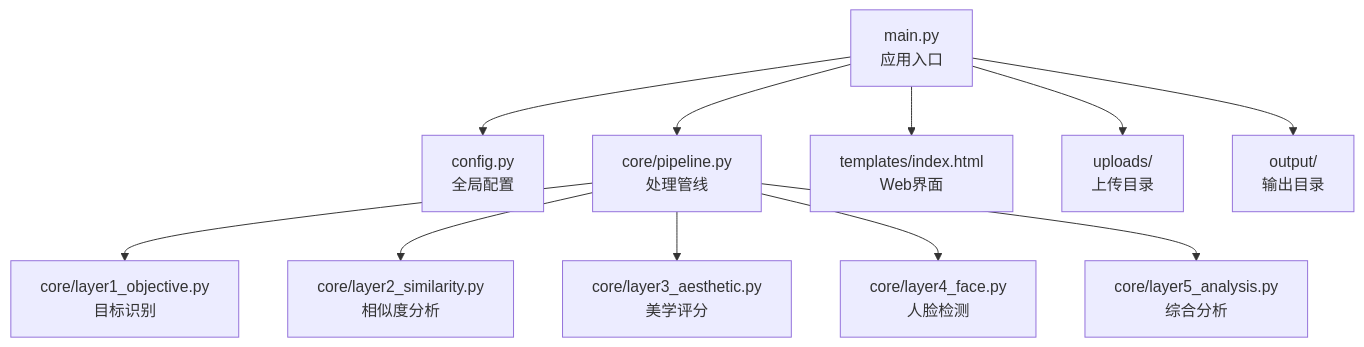
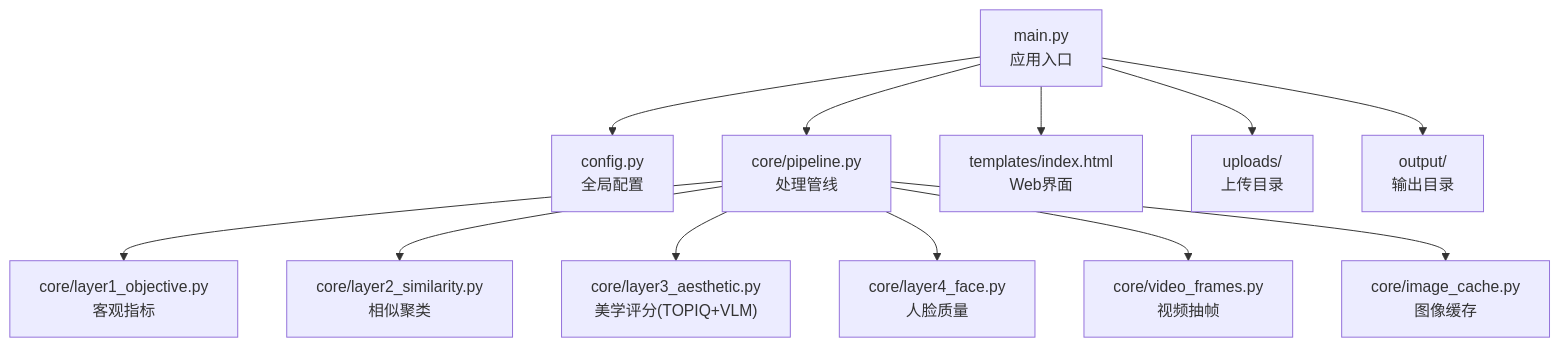
One commit to Frankynwa/photo-rank changed the first of 4 diagrams in wiki/项目概览.md. Above: the diagram before and after it, drawn with Mermaid. The commit also changed other lines of this file and 7 other files, not shown here.

````diff
--- a/wiki/项目概览.md
+++ b/wiki/项目概览.md
@@ -53,13 +57,14 @@
 ```mermaid
 graph TB
 A["main.py<br/>应用入口"] --> B["config.py<br/>全局配置"]
 A --> C["core/pipeline.py<br/>处理管线"]
-C --> D["core/layer1_objective.py<br/>目标识别"]
-C --> E["core/layer2_similarity.py<br/>相似度分析"]
-C --> F["core/layer3_aesthetic.py<br/>美学评分"]
-C --> G["core/layer4_face.py<br/>人脸检测"]
-C --> H["core/layer5_analysis.py<br/>综合分析"]
+C --> D["core/layer1_objective.py<br/>客观指标"]
+C --> E["core/layer2_similarity.py<br/>相似聚类"]
+C --> F["core/layer3_aesthetic.py<br/>美学评分(TOPIQ+VLM)"]
+C --> G["core/layer4_face.py<br/>人脸质量"]
+C --> H["core/video_frames.py<br/>视频抽帧"]
+C --> HC["core/image_cache.py<br/>图像缓存"]
 A --> I["templates/index.html<br/>Web界面"]
 A --> J["uploads/<br/>上传目录"]
 A --> K["output/<br/>输出目录"]
 ```
````
